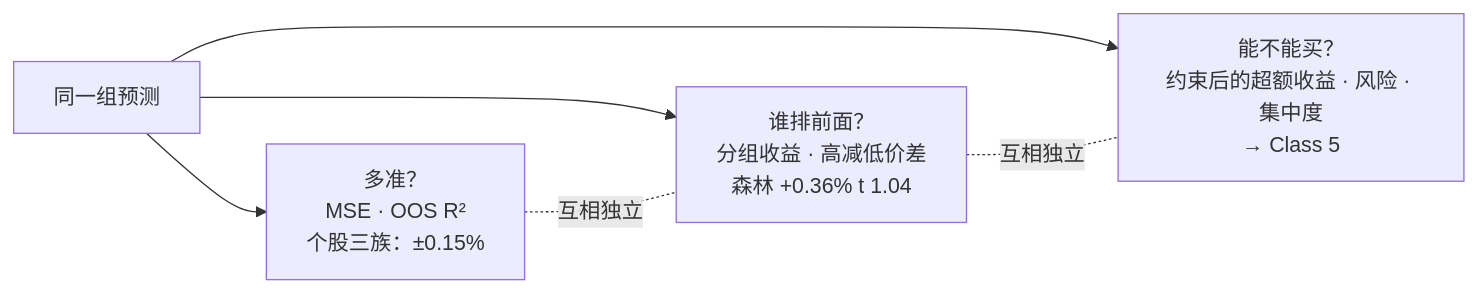
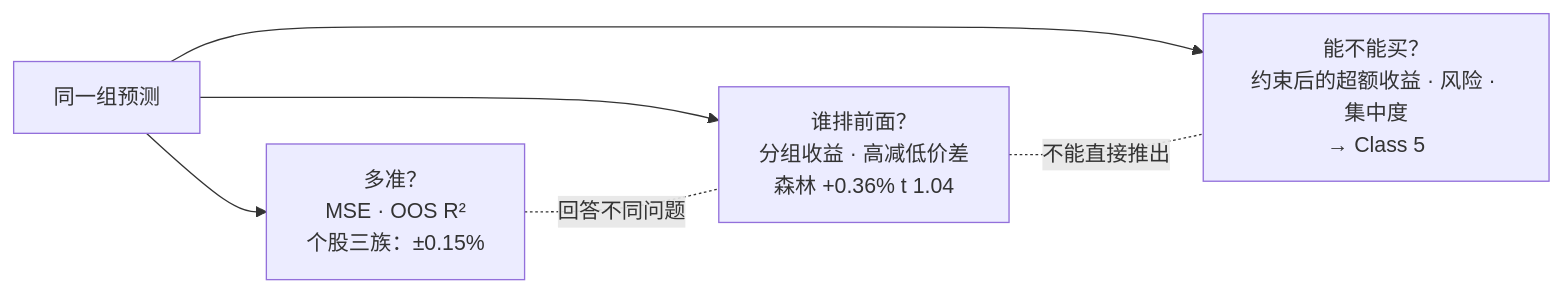
One commit to CercaTrovato/cityu-ai-course-notes changed the tenth of 10 diagrams in EF5560_Fintech_and_AI_in_Finance/notes/M04-非线性机器学习与收益预测.md. Above: the diagram before and after it, drawn with Mermaid. The commit also changed other lines of this file and 224 other files, not shown here.

First line of the commit message:
完善五门课图文可读性并更新仓库首页

````diff
--- a/EF5560_Fintech_and_AI_in_Finance/notes/M04-非线性机器学习与收益预测.md
+++ b/EF5560_Fintech_and_AI_in_Finance/notes/M04-非线性机器学习与收益预测.md
@@ -2194,7 +3020,7 @@
 ```mermaid
 flowchart LR
     P[同一组预测] --> Q1["多准？<br/>MSE · OOS R²<br/>个股三族：±0.15%"]
     P --> Q2["谁排前面？<br/>分组收益 · 高减低价差<br/>森林 +0.36% t 1.04"]
     P --> Q3["能不能买？<br/>约束后的超额收益 · 风险 · 集中度<br/>→ Class 5"]
-    Q1 -.互相独立.- Q2 -.互相独立.- Q3
+    Q1 -.回答不同问题.- Q2 -.不能直接推出.- Q3
 ```
````
